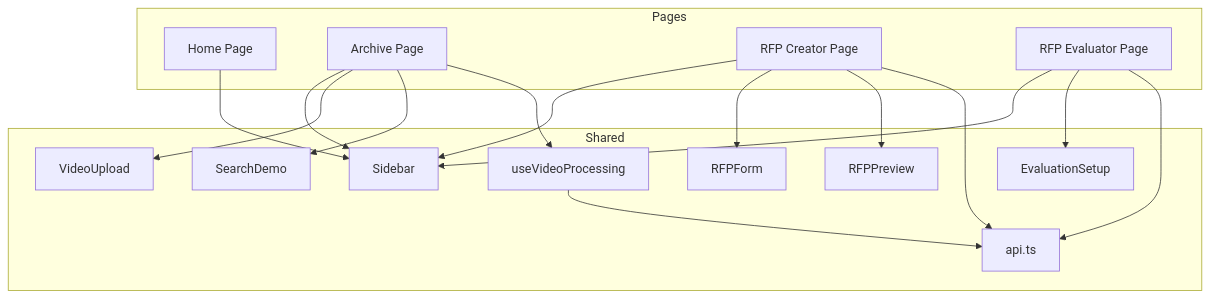
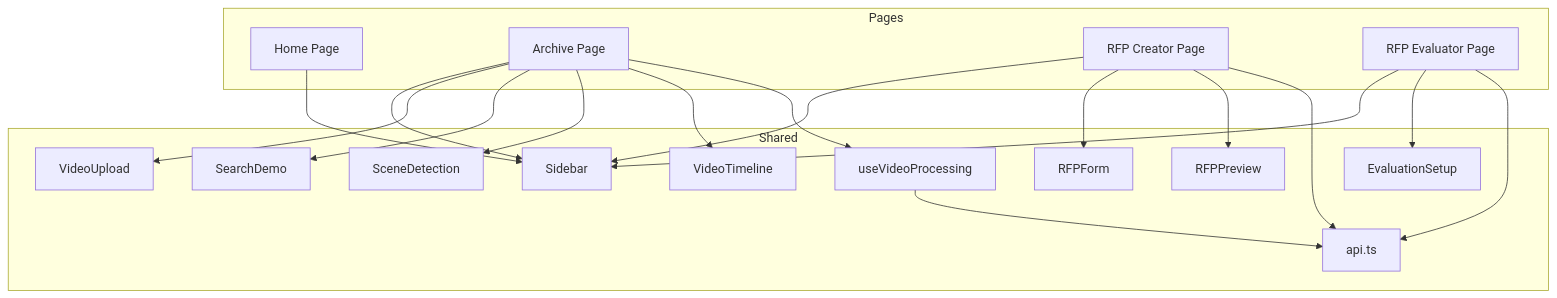
The second of 6 diagrams in .qoder/repowiki/en/content/Frontend Application/Page Components & Routing.md (alexandreybasta-cyber/dubai-media-ai), drawn with Mermaid before and after one commit. The commit also changed other lines of this file and 21 other files, not shown here.

````diff
--- a/.qoder/repowiki/en/content/Frontend Application/Page Components & Routing.md
+++ b/.qoder/repowiki/en/content/Frontend Application/Page Components & Routing.md
@@ -107,32 +116,36 @@
 ```mermaid
 graph TB
 subgraph "Pages"
 P_HOME["Home Page"]
 P_ARCH["Archive Page"]
 P_RFP_C["RFP Creator Page"]
 P_RFP_E["RFP Evaluator Page"]
 end
 subgraph "Shared"
 COMP_SIDEBAR["Sidebar"]
 COMP_UPLOAD["VideoUpload"]
 COMP_FORM["RFPForm"]
 COMP_PREVIEW["RFPPreview"]
 COMP_SETUP["EvaluationSetup"]
 COMP_SEARCH["SearchDemo"]
+COMP_SCENE["SceneDetection"]
+COMP_TIMELINE["VideoTimeline"]
 HOOK_USE["useVideoProcessing"]
 API["api.ts"]
 end
 P_HOME --> COMP_SIDEBAR
 P_ARCH --> COMP_SIDEBAR
 P_RFP_C --> COMP_SIDEBAR
 P_RFP_E --> COMP_SIDEBAR
 P_ARCH --> COMP_UPLOAD
 P_ARCH --> COMP_SEARCH
+P_ARCH --> COMP_SCENE
+P_ARCH --> COMP_TIMELINE
 P_ARCH --> HOOK_USE
 HOOK_USE --> API
 P_RFP_C --> COMP_FORM
 P_RFP_C --> COMP_PREVIEW
 P_RFP_C --> API
 P_RFP_E --> COMP_SETUP
 P_RFP_E --> API
 ```
````
